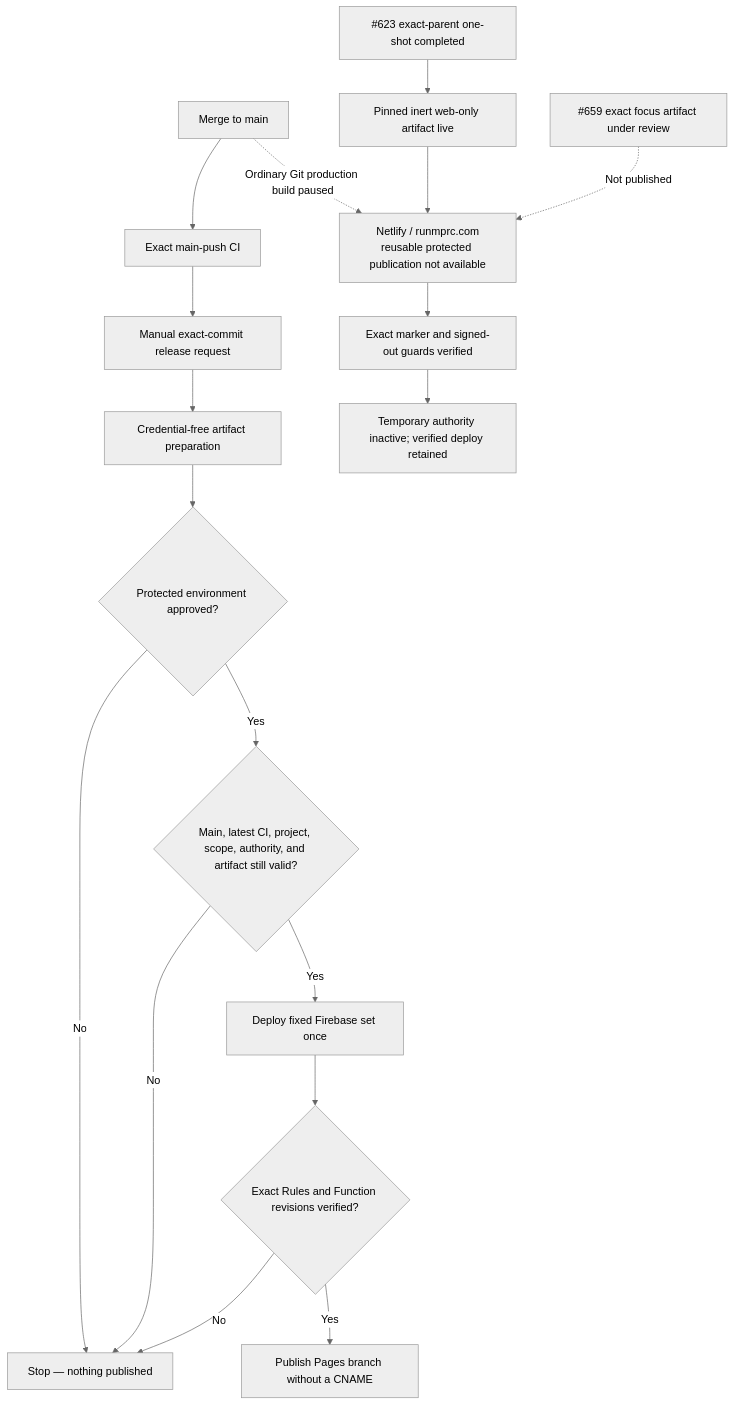
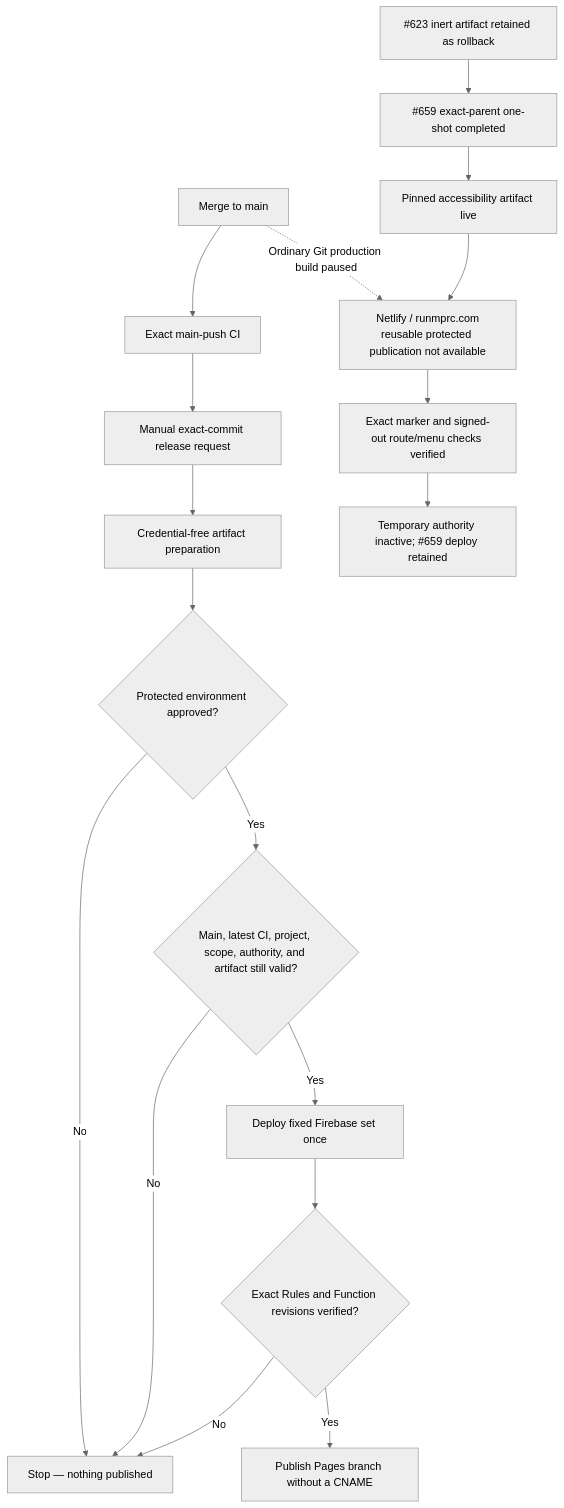
Before and after one commit to Run-MPRC/Run-MPRC.github.io: the second of 52 diagrams in SYSTEM_DESIGN.md, drawn with Mermaid (neutral theme). The commit also changed other lines of this file and 13 other files, not shown here.

````diff
--- a/SYSTEM_DESIGN.md
+++ b/SYSTEM_DESIGN.md
@@ -100,20 +100,20 @@
 ```mermaid
 flowchart TD
     Merge["Merge to main"] --> CI["Exact main-push CI"]
     CI --> Request["Manual exact-commit release request"]
     Request --> Prepare["Credential-free artifact preparation"]
     Prepare --> Approval{"Protected environment approved?"}
     Approval -- "No" --> Stop["Stop — nothing published"]
     Approval -- "Yes" --> Recheck{"Main, latest CI, project, scope, authority, and artifact still valid?"}
     Recheck -- "No" --> Stop
     Recheck -- "Yes" --> Backend["Deploy fixed Firebase set once"]
     Backend --> Verify{"Exact Rules and Function revisions verified?"}
     Verify -- "No" --> Stop
     Verify -- "Yes" --> Pages["Publish Pages branch without a CNAME"]
     Merge -. "Ordinary Git production build paused" .-> Netlify["Netlify / runmprc.com\nreusable protected publication not available"]
-    Completed["#623 exact-parent one-shot completed"] --> WebOnly["Pinned inert web-only artifact live"]
+    Predecessor["#623 inert artifact retained as rollback"] --> Completed["#659 exact-parent one-shot completed"]
+    Completed --> WebOnly["Pinned accessibility artifact live"]
     WebOnly --> Netlify
-    Netlify --> WebReadback["Exact marker and signed-out guards verified"]
-    WebReadback --> WebRepause["Temporary authority inactive; verified deploy retained"]
-    Pending["#659 exact focus artifact under review"] -. "Not published" .-> Netlify
+    Netlify --> WebReadback["Exact marker and signed-out route/menu checks verified"]
+    WebReadback --> WebRepause["Temporary authority inactive; #659 deploy retained"]
 ```
````
